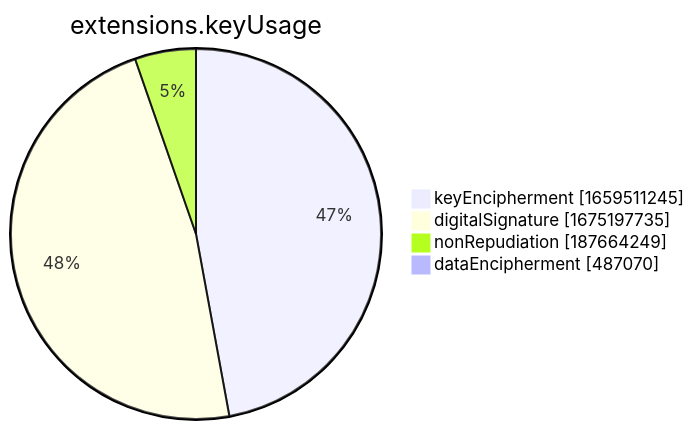
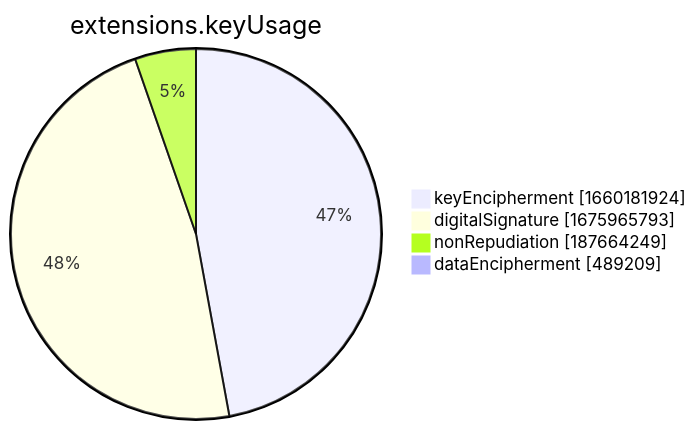
Before and after one commit to christiankrug/ctmonitor_visualization: the seventh of 15 diagrams in xenon2022/README.md, drawn with Mermaid. The commit also changed other lines of this file, not shown here.

````diff
--- a/xenon2022/README.md
+++ b/xenon2022/README.md
@@ -2857,8 +2857,8 @@
 ```mermaid
 pie showData
 title extensions.keyUsage
-"keyEncipherment" :1659511245
-"digitalSignature" :1675197735
+"keyEncipherment" :1660181924
+"digitalSignature" :1675965793
 "nonRepudiation" :187664249
-"dataEncipherment" :487070
+"dataEncipherment" :489209
 ```
````
